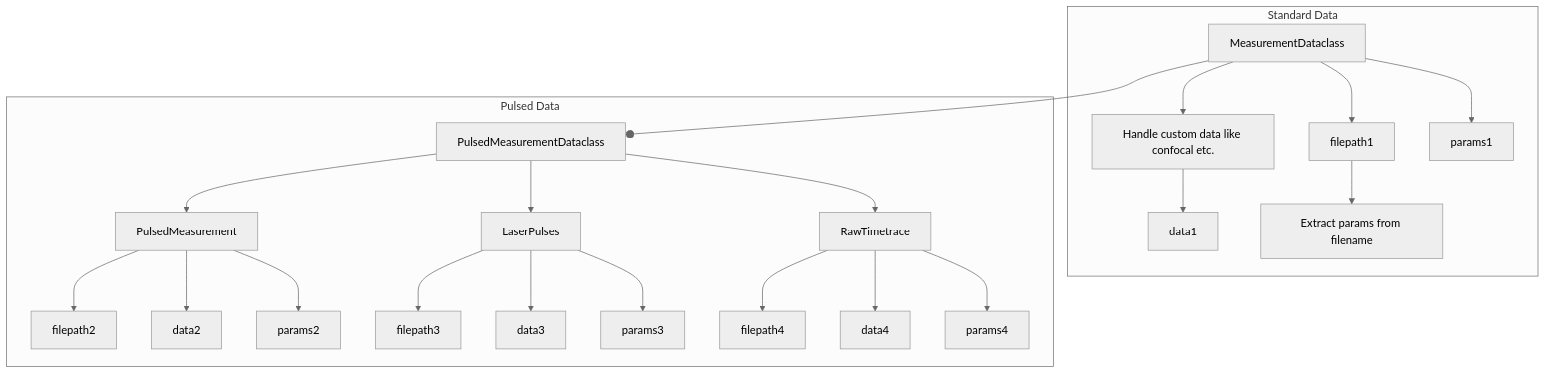
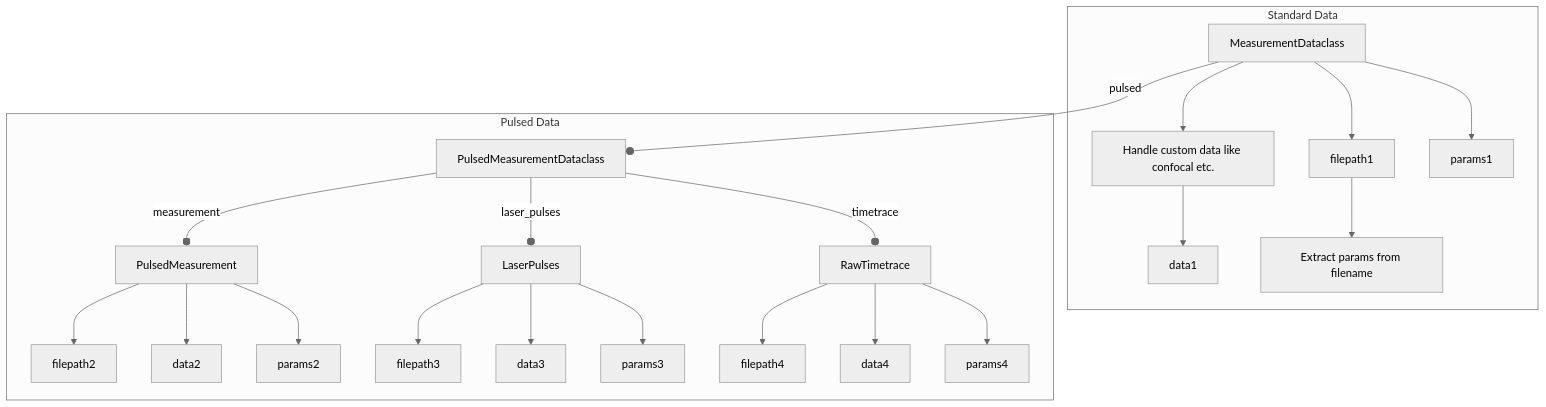
Before and after one commit to dineshpinto/qudi-hira-analysis: the second of 2 diagrams in README.md, drawn with Mermaid (neutral theme).

````diff
--- a/README.md
+++ b/README.md
@@ -32,25 +32,25 @@
 ```mermaid
 flowchart TD;
     subgraph Standard Data
         MeasurementDataclass-->filepath1;
         MeasurementDataclass-->CustomDataImporter[Handle custom data like confocal etc.];
         CustomDataImporter-->data1;
         MeasurementDataclass-->params1;
         filepath1-->ParameterExtraction[Extract params from filename]
     end
     subgraph Pulsed Data
-        MeasurementDataclass--oPulsedMeasurementDataclass;
-        PulsedMeasurementDataclass--> PulsedMeasurement;
+        MeasurementDataclass-- pulsed --oPulsedMeasurementDataclass;
+        PulsedMeasurementDataclass-- measurement --oPulsedMeasurement;
         PulsedMeasurement--> filepath2;
         PulsedMeasurement--> data2;
         PulsedMeasurement--> params2;
-        PulsedMeasurementDataclass--> LaserPulses; 
+        PulsedMeasurementDataclass-- laser_pulses --oLaserPulses; 
         LaserPulses--> filepath3;
         LaserPulses--> data3;
         LaserPulses--> params3;
-        PulsedMeasurementDataclass--> RawTimetrace;
+        PulsedMeasurementDataclass-- timetrace --oRawTimetrace;
         RawTimetrace--> filepath4;
         RawTimetrace--> data4;
         RawTimetrace--> params4;
     end
 ```
````
